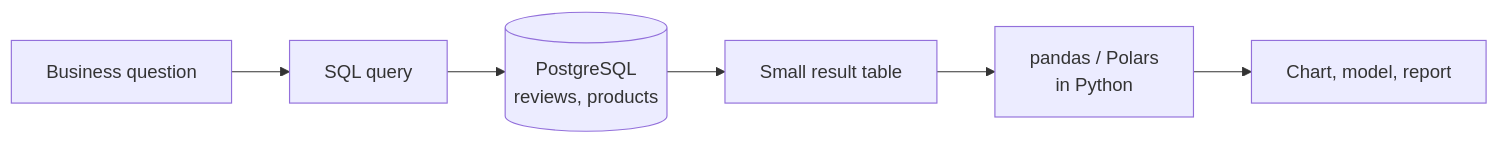
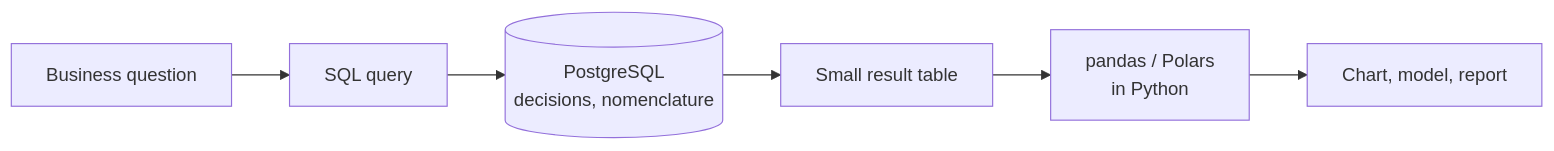
One commit to khoadaniel/statistical-programming-mpmd-htw-ws-2026 changed the first of 3 diagrams in sessions/03-sql-and-polars/theory/01-relational-model-and-sql.md. Above: the diagram before and after it, drawn with Mermaid. The commit also changed other lines of this file and 268 other files, not shown here.

````diff
--- a/sessions/03-sql-and-polars/theory/01-relational-model-and-sql.md
+++ b/sessions/03-sql-and-polars/theory/01-relational-model-and-sql.md
@@ -5,8 +5,8 @@
 ```mermaid
 flowchart LR
     Q["Business question"] --> S["SQL query"]
-    S --> DB[("PostgreSQL<br/>reviews, products")]
+    S --> DB[("PostgreSQL<br/>decisions, nomenclature")]
     DB --> R["Small result table"]
     R --> P["pandas / Polars<br/>in Python"]
     P --> A["Chart, model, report"]
 ```
````
